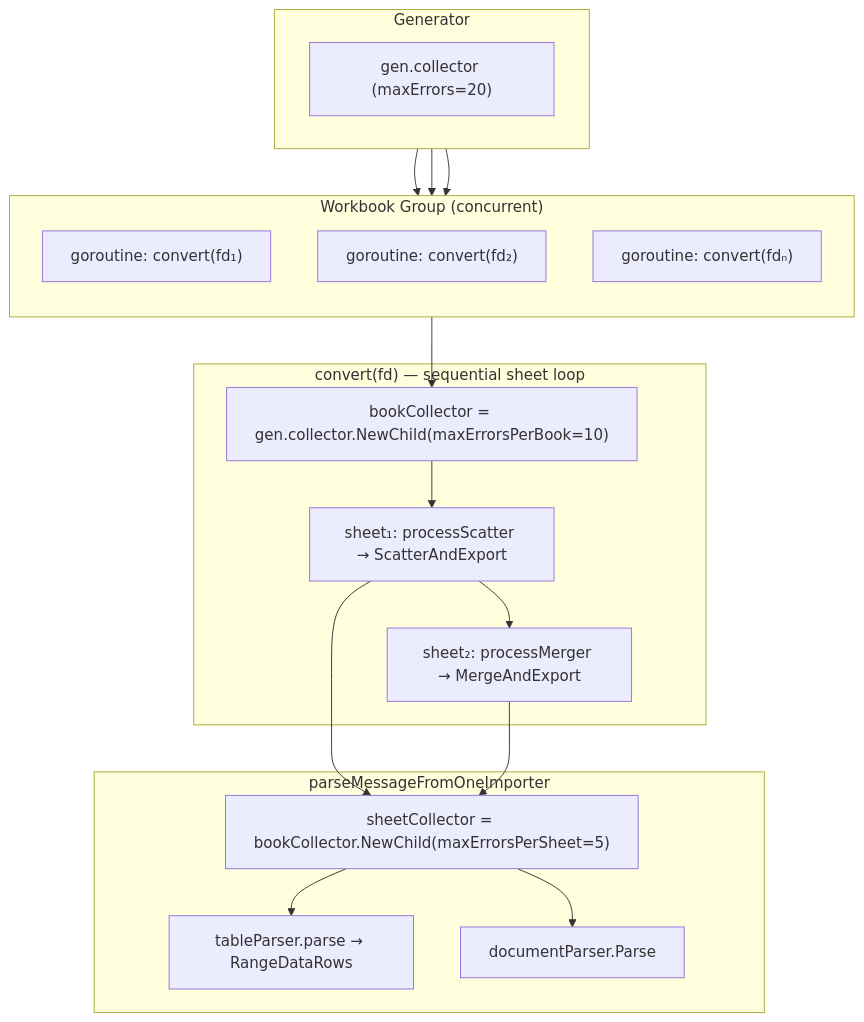
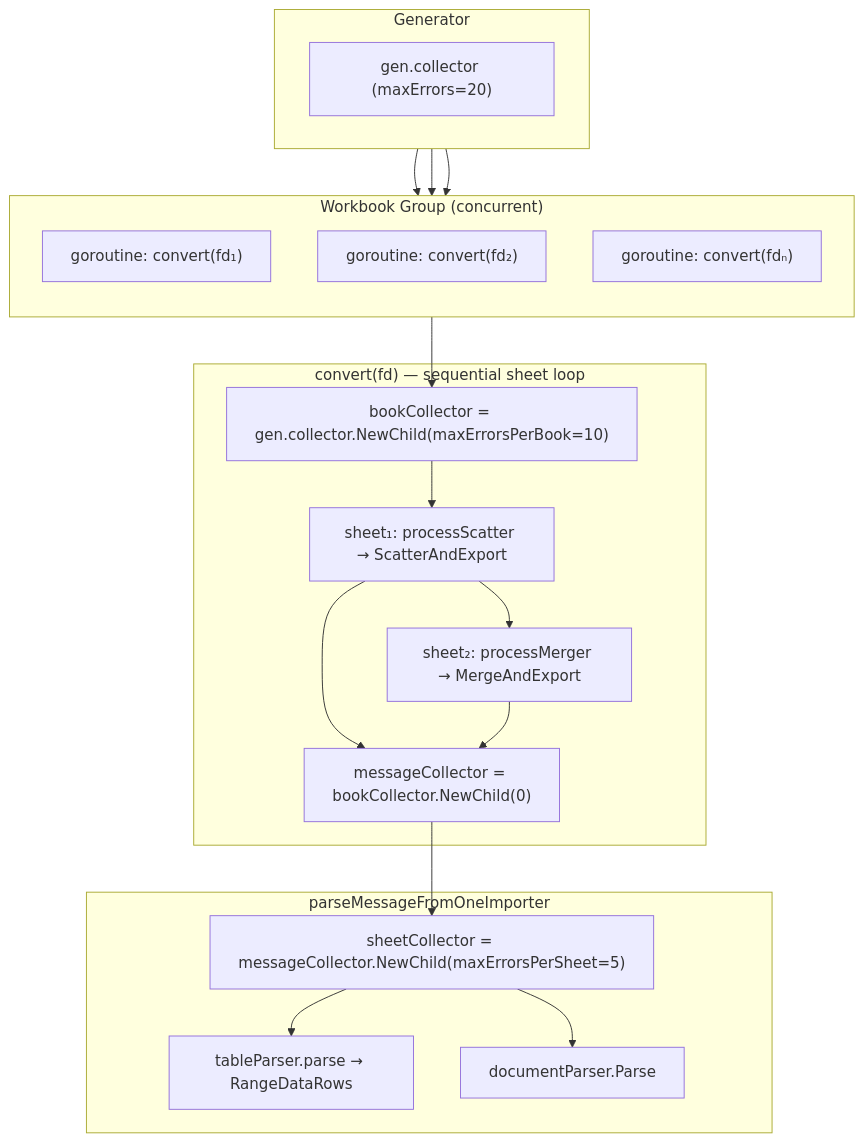
The first of 2 diagrams in internal/confgen/README.md (tableauio/tableau), drawn with Mermaid before and after one commit. The commit also changed other lines of this file and 10 other files, not shown here.

````diff
--- a/internal/confgen/README.md
+++ b/internal/confgen/README.md
@@ -45,31 +45,32 @@
 ```mermaid
 flowchart TB
     subgraph Generator
         C["gen.collector (maxErrors=20)"]
     end
 
     subgraph "Workbook Group (concurrent)"
         direction TB
         G1["goroutine: convert(fd₁)"]
         G2["goroutine: convert(fd₂)"]
         Gn["goroutine: convert(fdₙ)"]
     end
 
     Generator --> G1 & G2 & Gn
 
     subgraph "convert(fd) — sequential sheet loop"
         B["bookCollector = gen.collector.NewChild(maxErrorsPerBook=10)"]
         S1["sheet₁: processScatter → ScatterAndExport"]
         S2["sheet₂: processMerger → MergeAndExport"]
+        M["messageCollector = bookCollector.NewChild(0)"]
     end
 
     G1 --> B --> S1 --> S2
 
     subgraph "parseMessageFromOneImporter"
-        SC["sheetCollector = bookCollector.NewChild(maxErrorsPerSheet=5)"]
+        SC["sheetCollector = messageCollector.NewChild(maxErrorsPerSheet=5)"]
         TP["tableParser.parse → RangeDataRows"]
         DP["documentParser.Parse"]
     end
 
-    S1 & S2 --> SC --> TP & DP
+    S1 & S2 --> M --> SC --> TP & DP
 ```
````
